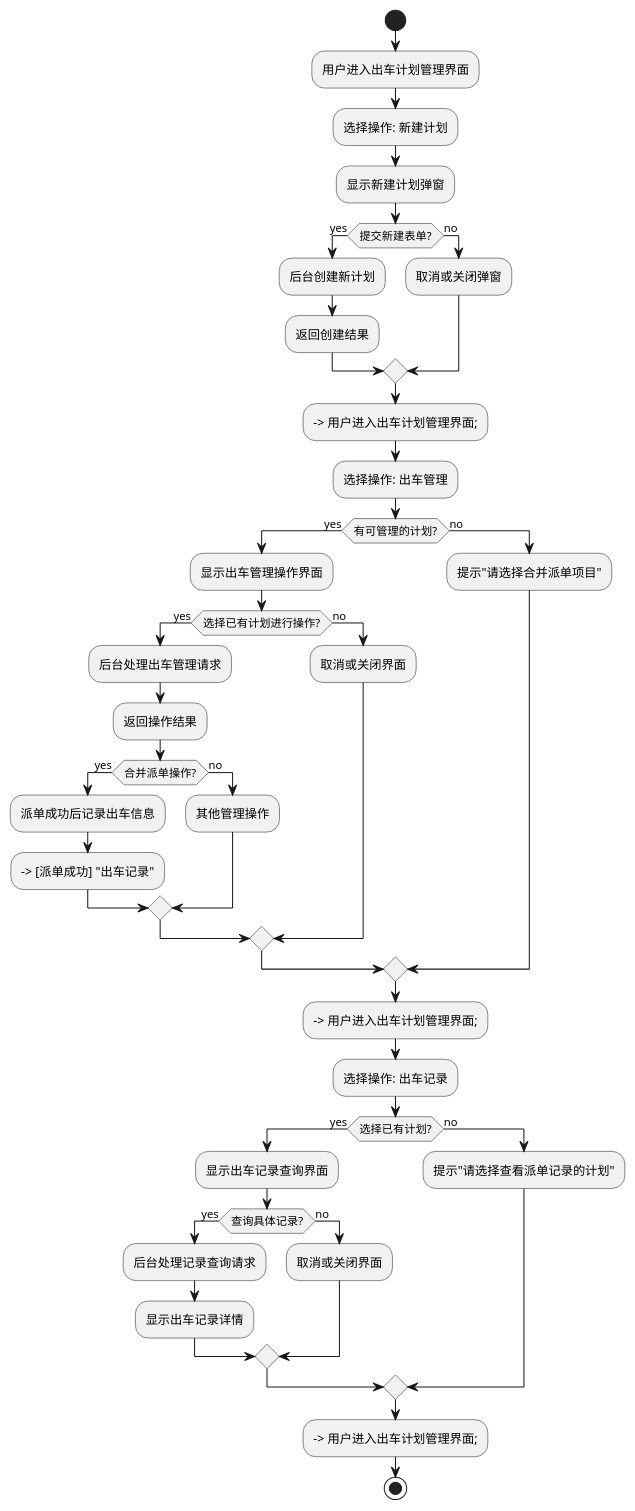
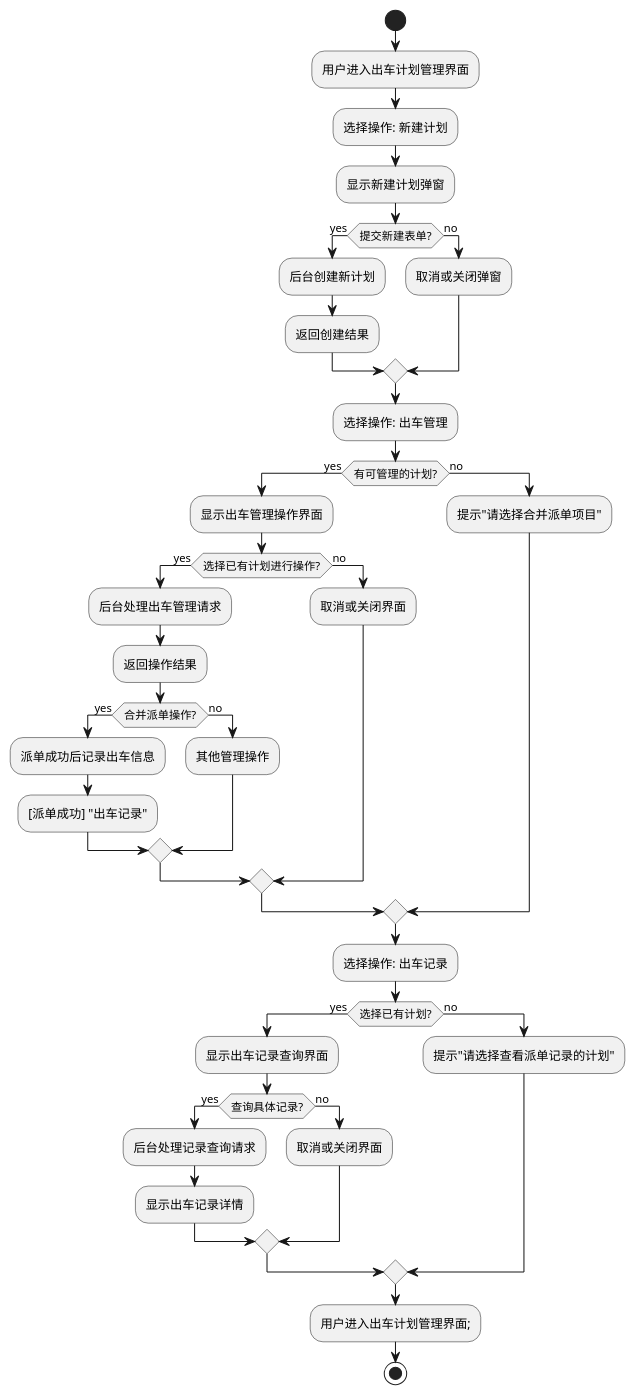
Before and after one commit to liyijia220/kuaidi: the diagram in 图/出车计划管理流程图.puml, drawn with PlantUML. The commit also changed 7 other files, not shown here.

```diff
--- a/图/出车计划管理流程图.puml
+++ b/图/出车计划管理流程图.puml
@@ -1,55 +1,54 @@
 @startuml
 'https://plantuml.com/activity-diagram-beta
 
 start
 :用户进入出车计划管理界面;
 
 ' 新建计划
 :选择操作: 新建计划;
 :显示新建计划弹窗;
 if (提交新建表单?) then (yes)
   :后台创建新计划;
   :返回创建结果;
 else (no)
   :取消或关闭弹窗;
 endif
---> 用户进入出车计划管理界面;
+
 
 ' 出车管理
 :选择操作: 出车管理;
 if (有可管理的计划?) then (yes)
   :显示出车管理操作界面;
   if (选择已有计划进行操作?) then (yes)
     :后台处理出车管理请求;
     :返回操作结果;
     if (合并派单操作?) then (yes)
       :派单成功后记录出车信息;
-      --> [派单成功] "出车记录"
+      -[派单成功] "出车记录"
     else (no)
       :其他管理操作;
     endif
   else (no)
     :取消或关闭界面;
   endif
 else (no)
   :提示"请选择合并派单项目";
 endif
---> 用户进入出车计划管理界面;
 
 ' 出车记录
 :选择操作: 出车记录;
 if (选择已有计划?) then (yes)
   :显示出车记录查询界面;
   if (查询具体记录?) then (yes)
     :后台处理记录查询请求;
     :显示出车记录详情;
   else (no)
     :取消或关闭界面;
   endif
 else (no)
   :提示"请选择查看派单记录的计划";
 endif
---> 用户进入出车计划管理界面;
+-用户进入出车计划管理界面;
 
 stop
 @enduml
```
